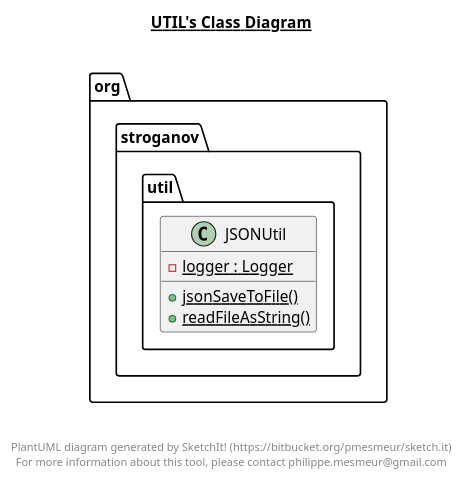
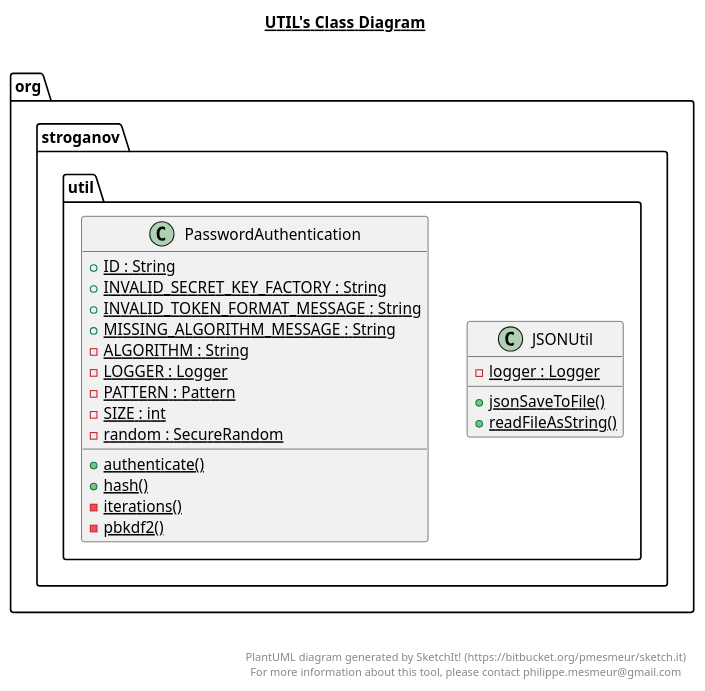
One commit to SergeyStroganoff/LibraryApp changed the diagram in src/main/java/org/stroganov/util/util.plantuml. Above: the diagram before and after it, drawn with PlantUML. The commit also changed 14 other files, not shown here.

```diff
--- a/src/main/java/org/stroganov/util/util.plantuml
+++ b/src/main/java/org/stroganov/util/util.plantuml
@@ -1,25 +1,46 @@
 @startuml
 
 title __UTIL's Class Diagram__\n
 
   namespace org.stroganov {
     namespace util {
       class org.stroganov.util.JSONUtil {
           {static} - logger : Logger
           {static} + jsonSaveToFile()
           {static} + readFileAsString()
       }
     }
   }
   
 
+  namespace org.stroganov {
+    namespace util {
+      class org.stroganov.util.PasswordAuthentication {
+          {static} + ID : String
+          {static} + INVALID_SECRET_KEY_FACTORY : String
+          {static} + INVALID_TOKEN_FORMAT_MESSAGE : String
+          {static} + MISSING_ALGORITHM_MESSAGE : String
+          {static} - ALGORITHM : String
+          {static} - LOGGER : Logger
+          {static} - PATTERN : Pattern
+          {static} - SIZE : int
+          {static} - random : SecureRandom
+          {static} + authenticate()
+          {static} + hash()
+          {static} - iterations()
+          {static} - pbkdf2()
+      }
+    }
+  }
+  
+
 
 
 right footer
 
 
 PlantUML diagram generated by SketchIt! (https://bitbucket.org/pmesmeur/sketch.it)
 For more information about this tool, please contact philippe.mesmeur@gmail.com
 endfooter
 
 @enduml
```
